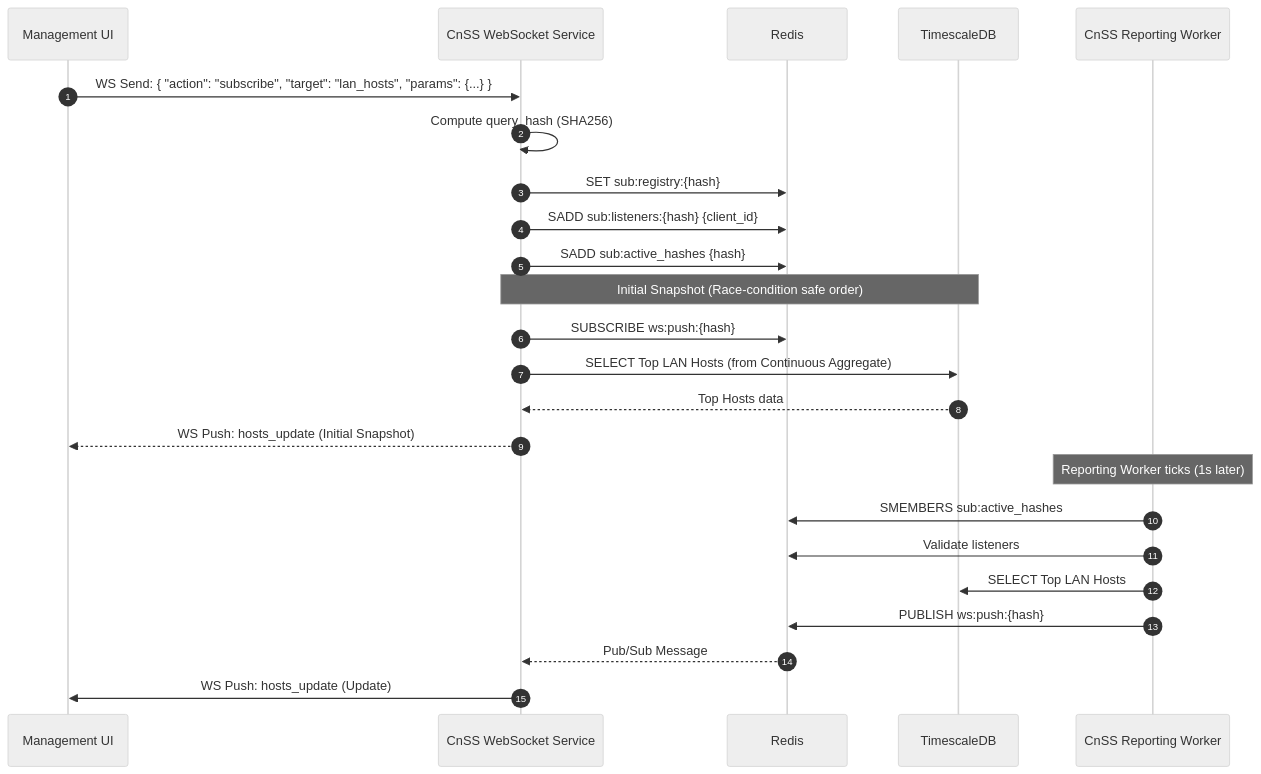
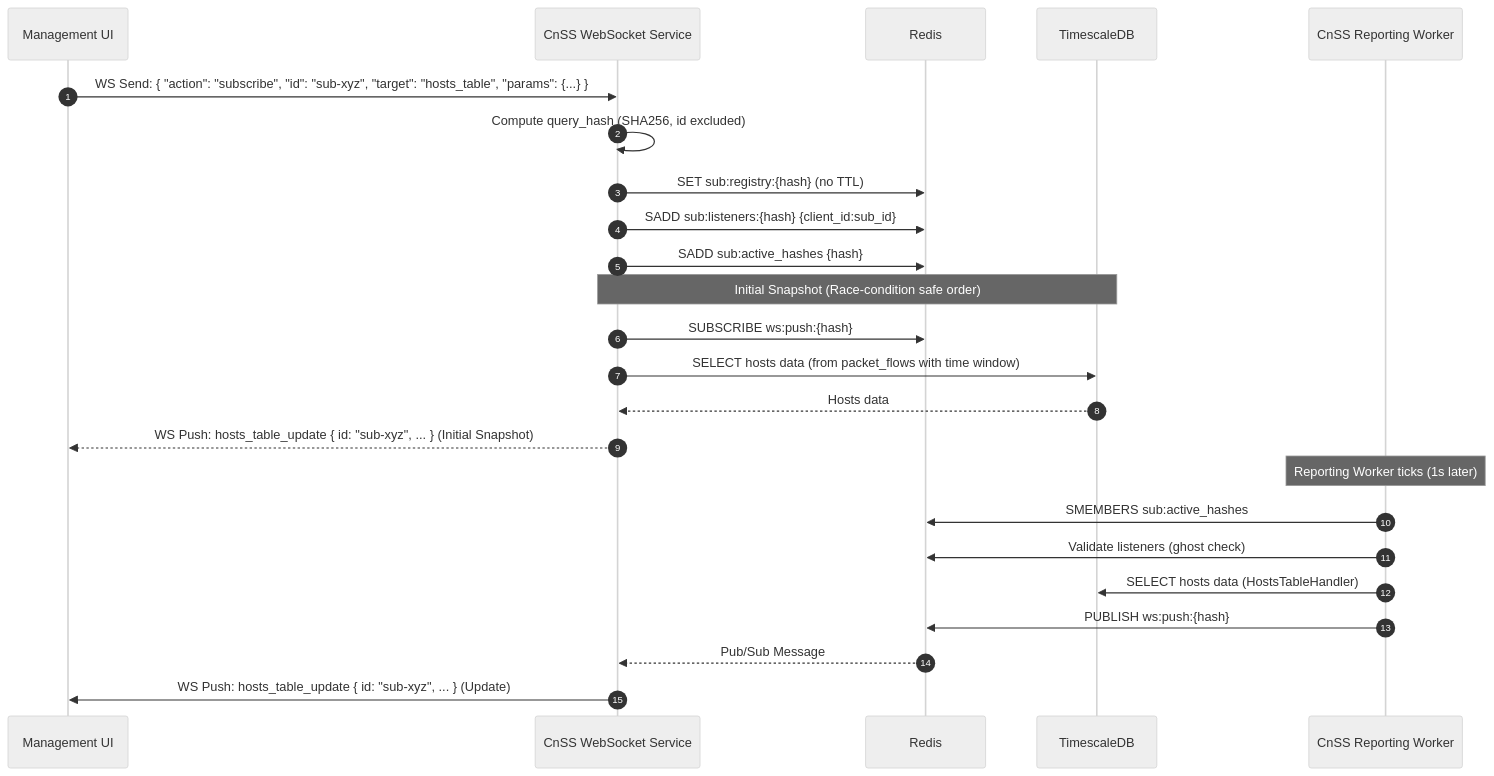
The fifth of 5 diagrams in docs/system-documentation.md (SWP-47/traffic-processing-platform), drawn with Mermaid (neutral theme) before and after one commit. The commit also changed other lines of this file and 4 other files, not shown here.

````diff
--- a/docs/system-documentation.md
+++ b/docs/system-documentation.md
@@ -247,29 +365,29 @@
 ```mermaid
 sequenceDiagram
     autonumber
     participant MUI as Management UI
     participant WS as CnSS WebSocket Service
     participant Redis as Redis
     participant DB as TimescaleDB
     participant Report as CnSS Reporting Worker
 
-    MUI->>WS: WS Send: { "action": "subscribe", "target": "lan_hosts", "params": {...} }
-    WS->>WS: Compute query_hash (SHA256)
-    WS->>Redis: SET sub:registry:{hash}
-    WS->>Redis: SADD sub:listeners:{hash} {client_id}
+    MUI->>WS: WS Send: { "action": "subscribe", "id": "sub-xyz", "target": "hosts_table", "params": {...} }
+    WS->>WS: Compute query_hash (SHA256, id excluded)
+    WS->>Redis: SET sub:registry:{hash} (no TTL)
+    WS->>Redis: SADD sub:listeners:{hash} {client_id:sub_id}
     WS->>Redis: SADD sub:active_hashes {hash}
     
     Note over WS,DB: Initial Snapshot (Race-condition safe order)
     WS->>Redis: SUBSCRIBE ws:push:{hash}
-    WS->>DB: SELECT Top LAN Hosts (from Continuous Aggregate)
-    DB-->>WS: Top Hosts data
-    WS-->>MUI: WS Push: hosts_update (Initial Snapshot)
+    WS->>DB: SELECT hosts data (from packet_flows with time window)
+    DB-->>WS: Hosts data
+    WS-->>MUI: WS Push: hosts_table_update { id: "sub-xyz", ... } (Initial Snapshot)
 
     Note over Report: Reporting Worker ticks (1s later)
     Report->>Redis: SMEMBERS sub:active_hashes
-    Report->>Redis: Validate listeners
-    Report->>DB: SELECT Top LAN Hosts
+    Report->>Redis: Validate listeners (ghost check)
+    Report->>DB: SELECT hosts data (HostsTableHandler)
     Report->>Redis: PUBLISH ws:push:{hash}
     Redis-->>WS: Pub/Sub Message
-    WS->>MUI: WS Push: hosts_update (Update)
+    WS->>MUI: WS Push: hosts_table_update { id: "sub-xyz", ... } (Update)
 ```
````
